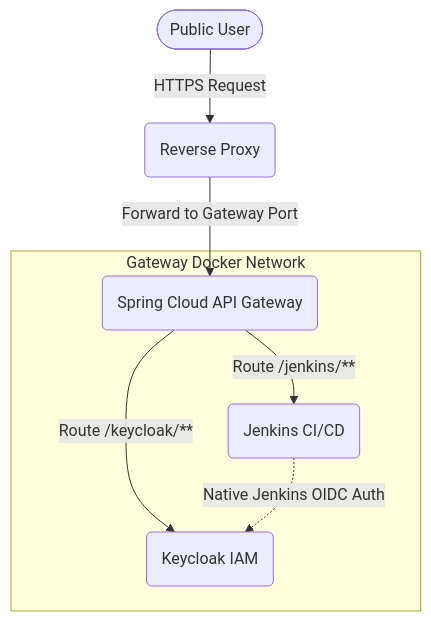
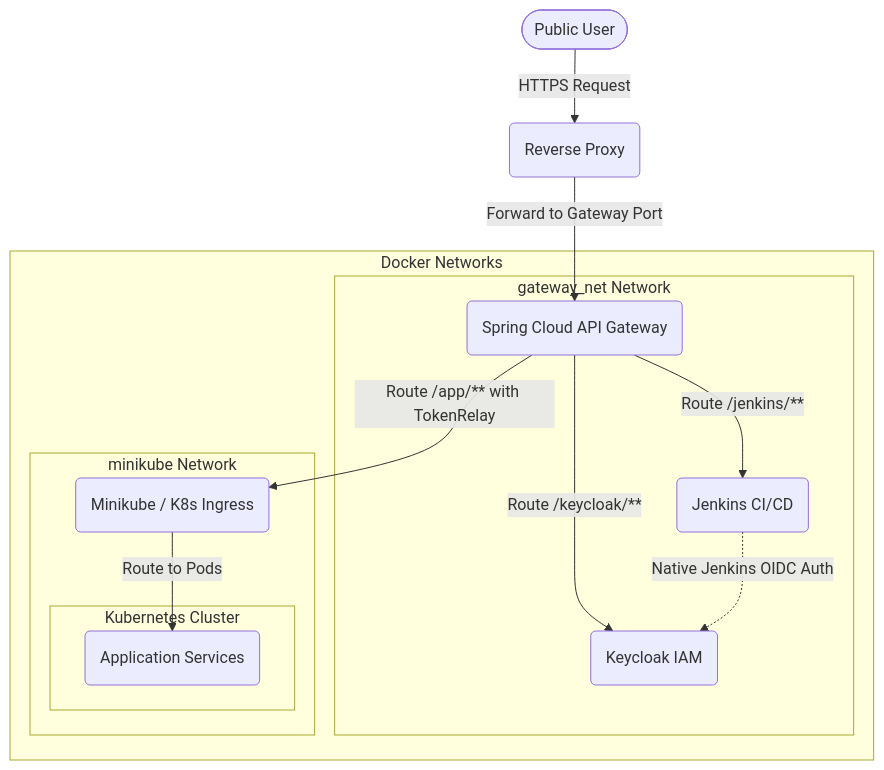
One commit to jeshupatelg/api-gateway changed the first of 2 diagrams in README.md. Above: the diagram before and after it, drawn with Mermaid. The commit also changed other lines of this file, not shown here.

````diff
--- a/README.md
+++ b/README.md
@@ -8,18 +7,33 @@
 ```mermaid
 graph TD
     Client([Public User]) -->|HTTPS Request| RP(Reverse Proxy)
     RP -->|Forward to Gateway Port| APIGW(Spring Cloud API Gateway)
     
-    subgraph Docker Network [Gateway Docker Network]
-        APIGW
-        Keycloak(Keycloak IAM)
-        Jenkins(Jenkins CI/CD)
+    subgraph Docker Net [Docker Networks]
+        subgraph GatewayNet [gateway_net Network]
+            APIGW
+            Keycloak(Keycloak IAM)
+            Jenkins(Jenkins CI/CD)
+        end
+        
+        subgraph MinikubeNet [minikube Network]
+            APIGW
+            K8sIngress(Minikube / K8s Ingress)
+            
+            subgraph K8s Cluster [Kubernetes Cluster]
+                AppService(Application Services)
+            end
+        end
     end
     
     %% Routing Flow
     APIGW -->|Route /keycloak/**| Keycloak
     APIGW -->|Route /jenkins/**| Jenkins
+    APIGW -->|Route /app/** with TokenRelay| K8sIngress
+    
+    %% Internal K8s Routing
+    K8sIngress -->|Route to Pods| AppService
     
     %% Authentication Flow
     Jenkins -.->|Native Jenkins OIDC Auth| Keycloak
 ```
````
